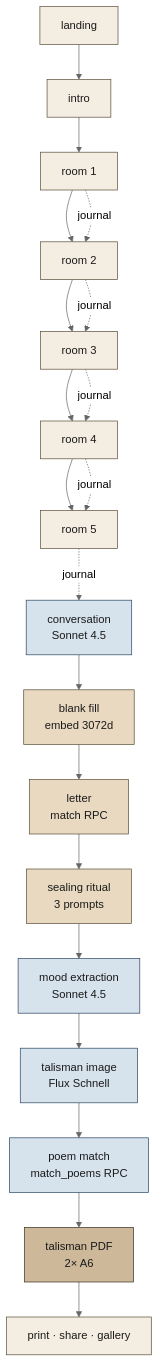
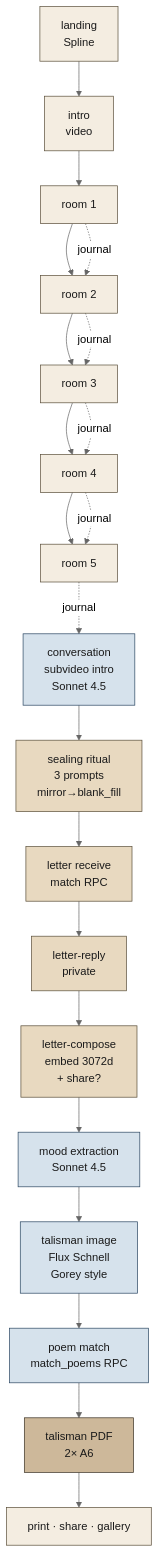
Before and after one commit to jk5052/Prototyping: the first of 3 diagrams in twr/TECH_OVERVIEW.md, drawn with Mermaid (neutral theme). The commit also changed other lines of this file and 3 other files, not shown here.

First line of the commit message:
docs: refresh TECH_OVERVIEW + add CARD_GENERATION / ORACLE_WORDS / ARCHITECTURE_DEEP

````diff
--- a/twr/TECH_OVERVIEW.md
+++ b/twr/TECH_OVERVIEW.md
@@ -38,24 +45,25 @@
 ```mermaid
 flowchart TB
   classDef phase    fill:#f4ede1,stroke:#5a4f3a,color:#1a1a1a
   classDef ritual   fill:#e8d9c0,stroke:#5a4f3a,color:#1a1a1a
   classDef ai       fill:#d6e2ec,stroke:#2c4863,color:#1a1a1a
   classDef artifact fill:#cdb89a,stroke:#3a3225,color:#1a1a1a
 
-  L[landing]:::phase --> IN[intro]:::phase
+  L[landing<br/>Spline]:::phase --> IN[intro<br/>video]:::phase
   IN --> R1[room 1]:::phase --> R2[room 2]:::phase --> R3[room 3]:::phase
   R3 --> R4[room 4]:::phase --> R5[room 5]:::phase
   R1 -.journal.-> R2
   R2 -.journal.-> R3
   R3 -.journal.-> R4
   R4 -.journal.-> R5
   R5 -.journal.-> CV
-  CV[conversation<br/>Sonnet 4.5]:::ai --> BF[blank fill<br/>embed 3072d]:::ritual
-  BF --> LT[letter<br/>match RPC]:::ritual
-  LT --> SE[sealing ritual<br/>3 prompts]:::ritual
-  SE --> MX[mood extraction<br/>Sonnet 4.5]:::ai
-  MX --> IM[talisman image<br/>Flux Schnell]:::ai
+  CV[conversation<br/>subvideo intro<br/>Sonnet 4.5]:::ai --> SE[sealing ritual<br/>3 prompts<br/>mirror→blank_fill]:::ritual
+  SE --> LT[letter receive<br/>match RPC]:::ritual
+  LT --> LR[letter-reply<br/>private]:::ritual
+  LR --> LC[letter-compose<br/>embed 3072d<br/>+ share?]:::ritual
+  LC --> MX[mood extraction<br/>Sonnet 4.5]:::ai
+  MX --> IM[talisman image<br/>Flux Schnell<br/>Gorey style]:::ai
   IM --> PM[poem match<br/>match_poems RPC]:::ai
   PM --> CD[talisman PDF<br/>2× A6]:::artifact
   CD --> ENDP[print · share · gallery]:::phase
 ```
````
